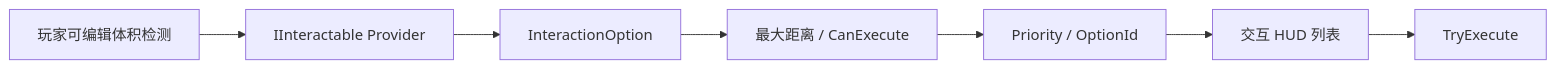
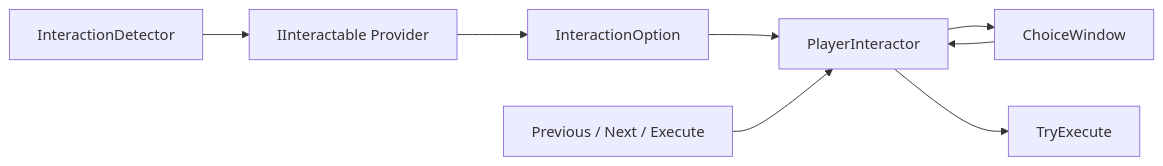
The diagram in Assets/Scripts/InteractionSystem/ReadMe.md (Whitesheeeep/3DRPG), drawn with Mermaid before and after one commit. The commit also changed other lines of this file and 76 other files, not shown here.

````diff
--- a/Assets/Scripts/InteractionSystem/ReadMe.md
+++ b/Assets/Scripts/InteractionSystem/ReadMe.md
@@ -5,9 +5,10 @@
 ```mermaid
 flowchart LR
-    Detector[玩家可编辑体积检测] --> Provider[IInteractable Provider]
+    Detector[InteractionDetector] --> Provider[IInteractable Provider]
     Provider --> Option[InteractionOption]
-    Option --> Filter[最大距离 / CanExecute]
-    Filter --> Sort[Priority / OptionId]
-    Sort --> UI[交互 HUD 列表]
-    UI --> Execute[TryExecute]
+    Option --> Interactor[PlayerInteractor]
+    Input[Previous / Next / Execute] --> Interactor
+    Interactor --> Choice[ChoiceWindow]
+    Choice --> Interactor
+    Interactor --> Execute[TryExecute]
 ```
````
